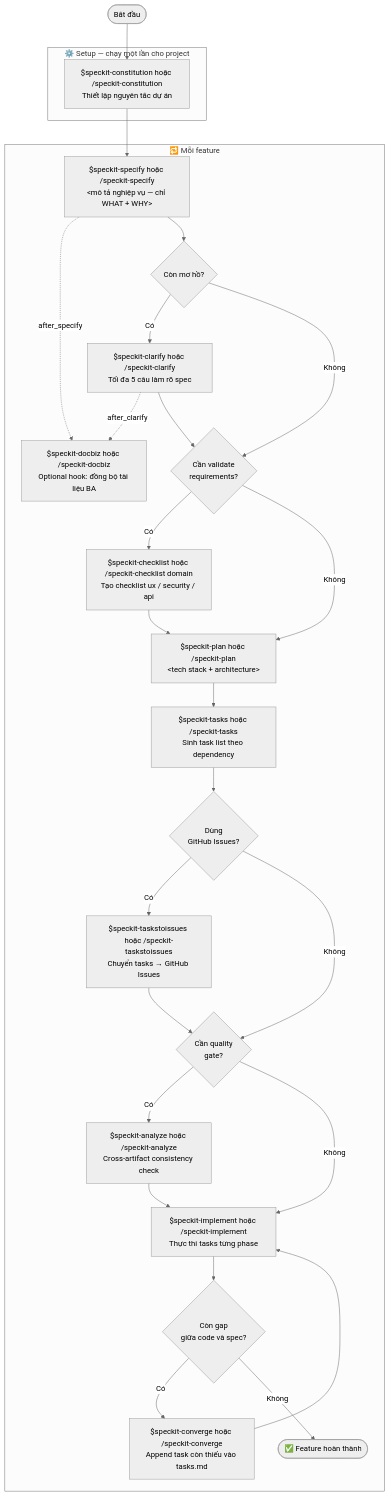
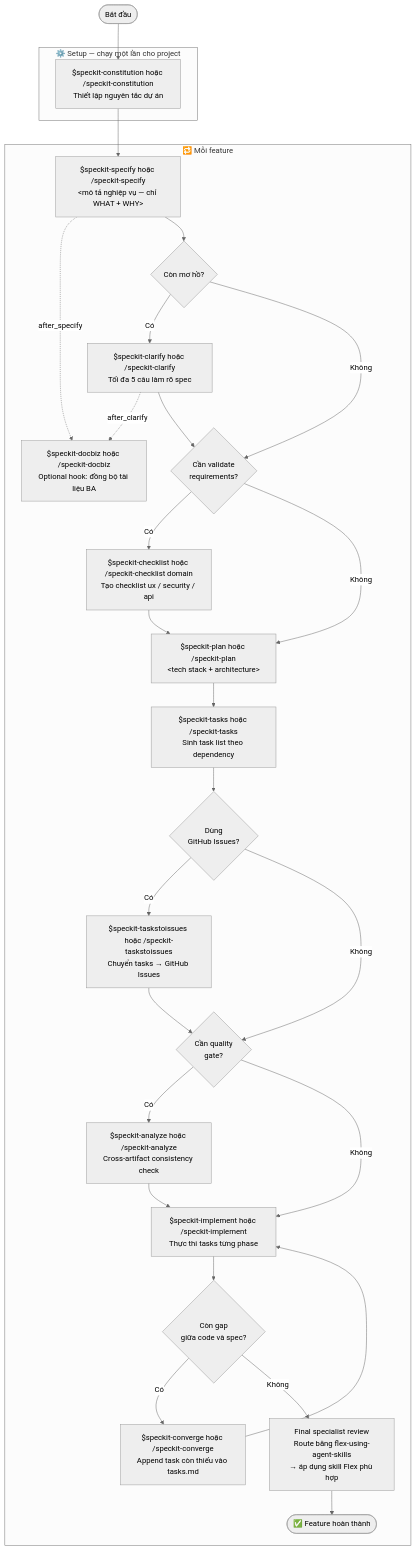
Before and after one commit to luyenhaidangit/flex-workstation: the diagram in docs/speckit/workflow.md, drawn with Mermaid (neutral theme). The commit also changed other lines of this file and 6 other files, not shown here.

````diff
--- a/docs/speckit/workflow.md
+++ b/docs/speckit/workflow.md
@@ -13,69 +13,72 @@
 ```mermaid
 flowchart TD
     START(["Bắt đầu"])
 
     %% ── SETUP ──────────────────────────────────────
     subgraph SETUP ["⚙️  Setup — chạy một lần cho project"]
         constitution["$speckit-constitution hoặc /speckit-constitution\nThiết lập nguyên tắc dự án"]
     end
 
     %% ── PER FEATURE ─────────────────────────────────
     subgraph FEATURE ["🔁  Mỗi feature"]
         specify["$speckit-specify hoặc /speckit-specify\n&lt;mô tả nghiệp vụ — chỉ WHAT + WHY&gt;"]
         docbiz["$speckit-docbiz hoặc /speckit-docbiz\nOptional hook: đồng bộ tài liệu BA"]
 
         clarify_gate{Còn mơ hồ?}
         clarify["$speckit-clarify hoặc /speckit-clarify\nTối đa 5 câu làm rõ spec"]
 
         checklist_gate{Cần validate\nrequirements?}
         checklist["$speckit-checklist hoặc /speckit-checklist domain\nTạo checklist ux / security / api"]
 
         plan["$speckit-plan hoặc /speckit-plan\n&lt;tech stack + architecture&gt;"]
 
         tasks["$speckit-tasks hoặc /speckit-tasks\nSinh task list theo dependency"]
 
         issues_gate{Dùng\nGitHub Issues?}
         taskstoissues["$speckit-taskstoissues hoặc /speckit-taskstoissues\nChuyển tasks → GitHub Issues"]
 
         analyze_gate{Cần quality\ngate?}
         analyze["$speckit-analyze hoặc /speckit-analyze\nCross-artifact consistency check"]
 
         implement["$speckit-implement hoặc /speckit-implement\nThực thi tasks từng phase"]
 
         gap_check{Còn gap\ngiữa code và spec?}
         converge["$speckit-converge hoặc /speckit-converge\nAppend task còn thiếu vào tasks.md"]
 
+        specialist_review["Final specialist review\nRoute bằng flex-using-agent-skills\n→ áp dụng skill Flex phù hợp"]
+
         done(["✅ Feature hoàn thành"])
     end
 
     %% ── EDGES ───────────────────────────────────────
     START --> constitution
     constitution --> specify
 
     specify -. after_specify .-> docbiz
     specify --> clarify_gate
     clarify_gate -->|Có| clarify
     clarify_gate -->|Không| checklist_gate
     clarify -. after_clarify .-> docbiz
     clarify --> checklist_gate
 
     checklist_gate -->|Có| checklist
     checklist_gate -->|Không| plan
     checklist --> plan
 
     plan --> tasks
 
     tasks --> issues_gate
     issues_gate -->|Có| taskstoissues
     issues_gate -->|Không| analyze_gate
     taskstoissues --> analyze_gate
 
     analyze_gate -->|Có| analyze
     analyze_gate -->|Không| implement
     analyze --> implement
 
     implement --> gap_check
     gap_check -->|Có| converge
-    gap_check -->|Không| done
+    gap_check -->|Không| specialist_review
     converge --> implement
+    specialist_review --> done
 ```
````
